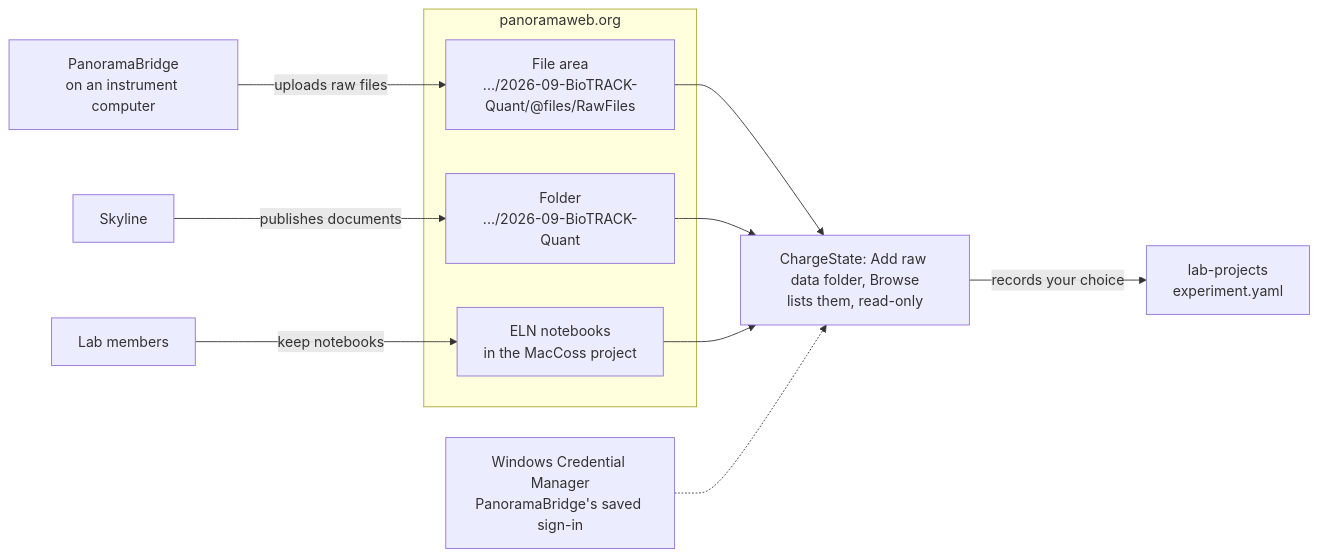
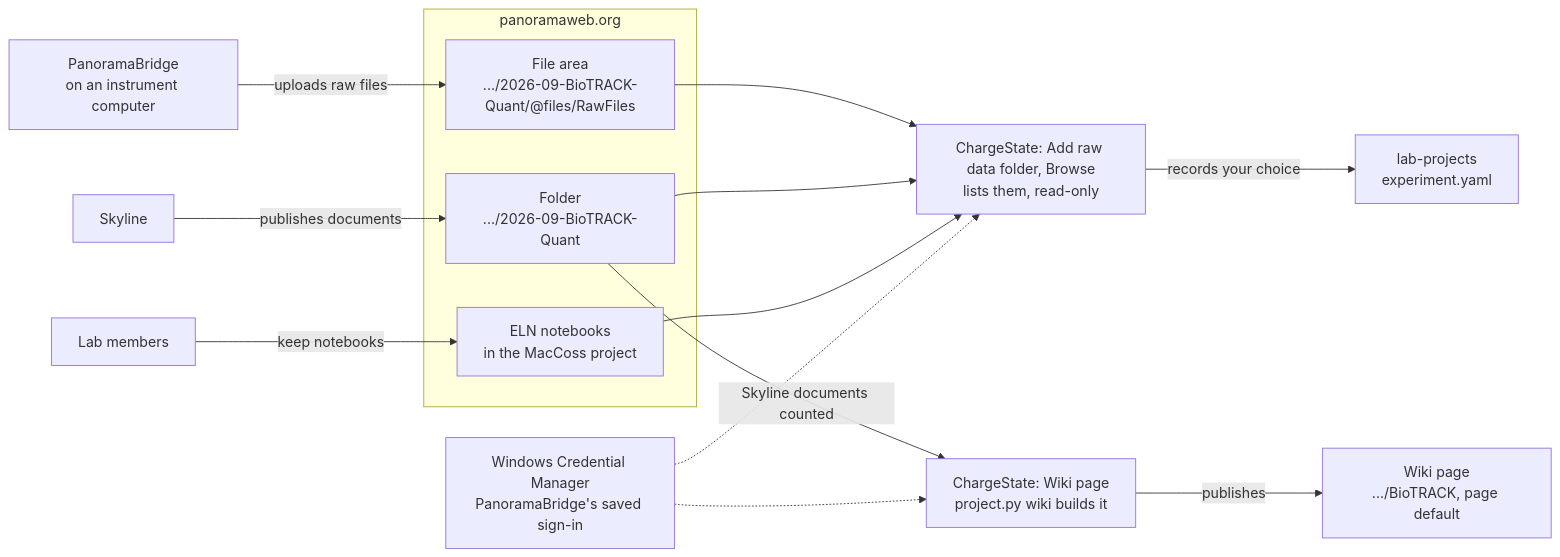
The second of 6 diagrams in docs/architecture.md (uw-maccosslab/LabOps), drawn with Mermaid before and after one commit. The commit also changed other lines of this file and 21 other files, not shown here.

First line of the commit message:
Wiki page: each project's page on Panorama, published from the app and kept up to date

````diff
--- a/docs/architecture.md
+++ b/docs/architecture.md
@@ -66,16 +67,19 @@
 ```mermaid
 flowchart LR
     bridge["PanoramaBridge<br/>on an instrument computer"] -->|"uploads raw files"| rawFiles
     skyline["Skyline"] -->|"publishes documents"| folder
     people["Lab members"] -->|"keep notebooks"| eln
     subgraph panoramaSite["panoramaweb.org"]
         rawFiles["File area<br/>.../2026-09-BioTRACK-Quant/@files/RawFiles"]
         folder["Folder<br/>.../2026-09-BioTRACK-Quant"]
         eln["ELN notebooks<br/>in the MacCoss project"]
     end
     rawFiles --> browse["ChargeState: Add raw data folder, Browse<br/>lists them, read-only"]
     folder --> browse
     eln --> browse
     creds["Windows Credential Manager<br/>PanoramaBridge's saved sign-in"] -.-> browse
     browse -->|"records your choice"| experiment["lab-projects<br/>experiment.yaml"]
+    folder -->|"Skyline documents counted"| wikiBuild["ChargeState: Wiki page<br/>project.py wiki builds it"]
+    wikiBuild -->|"publishes"| wikiPage["Wiki page<br/>.../BioTRACK, page default"]
+    creds -.-> wikiBuild
 ```
````
